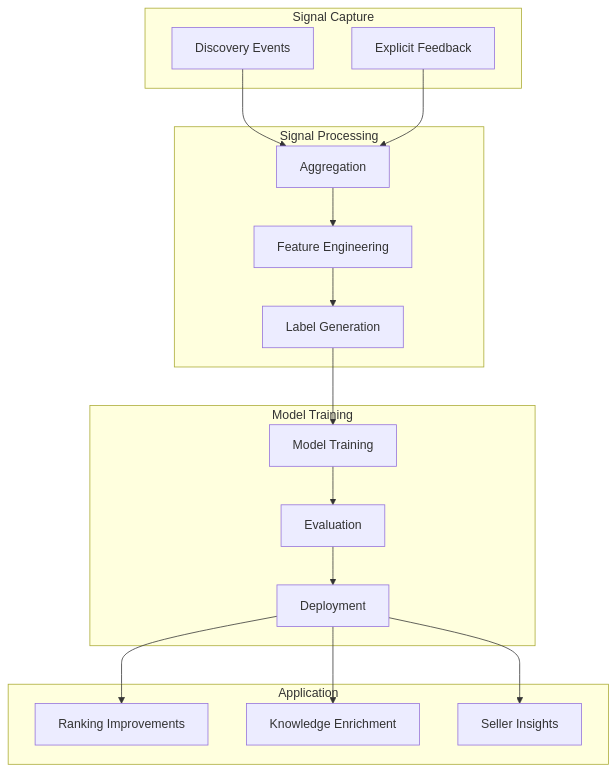
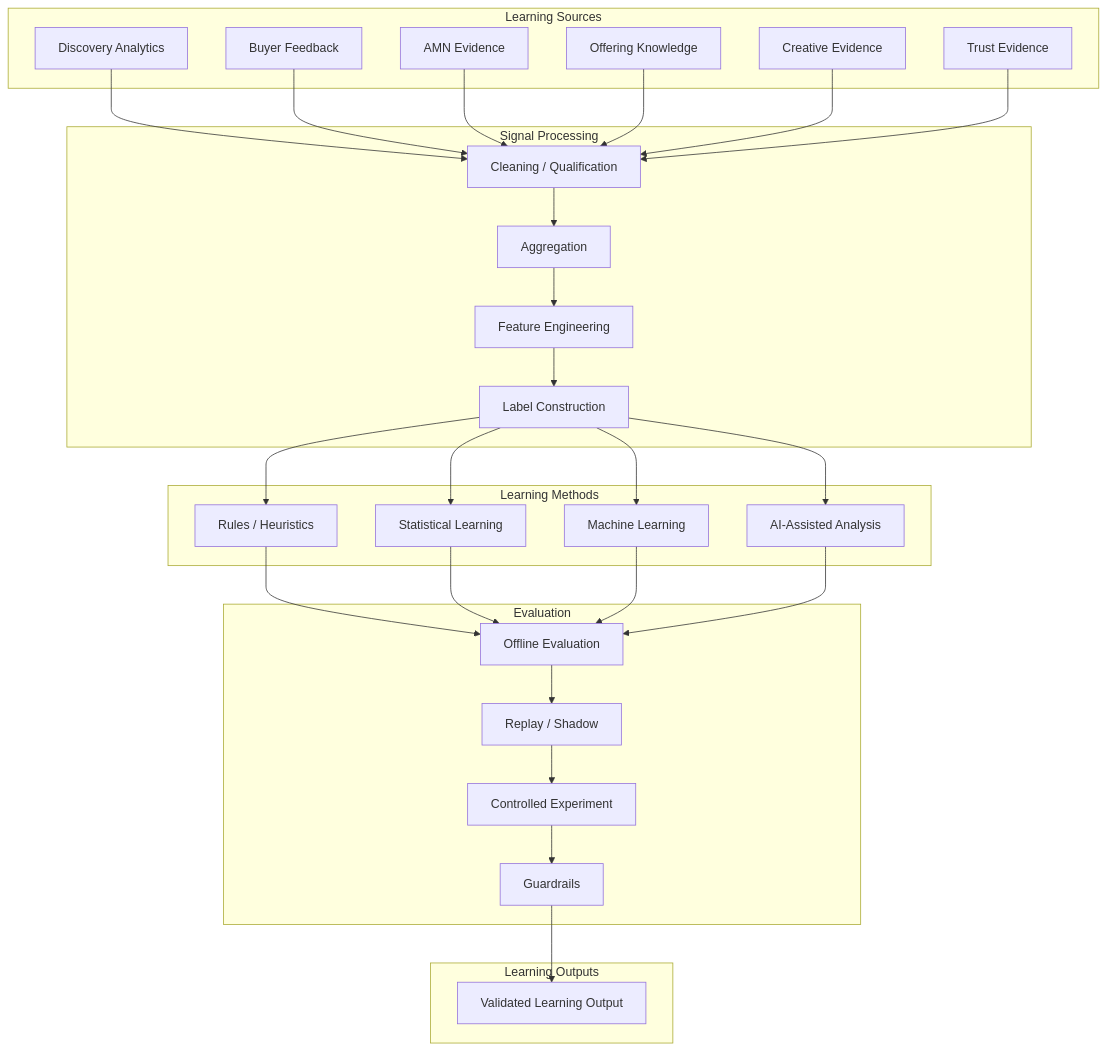
Before and after one commit to petkao/pinkcurve-blueprint: the seventh of 12 diagrams in docs/08-learning-engine.md, drawn with Mermaid. The commit also changed other lines of this file and 27 other files, not shown here.

Commit message:
Update PinkCurve blueprint and complete Chapter 11 data architecture audit

````diff
--- a/docs/08-learning-engine.md
+++ b/docs/08-learning-engine.md
@@ -61,36 +1407,62 @@
 ```mermaid
 flowchart TB
-    subgraph Capture["Signal Capture"]
-        Events[Discovery Events]
-        Feedback[Explicit Feedback]
+    subgraph Sources["Learning Sources"]
+        DA[Discovery Analytics]
+        FB[Buyer Feedback]
+        AM[AMN Evidence]
+        OK[Offering Knowledge]
+        CR[Creative Evidence]
+        TS[Trust Evidence]
     end
 
-    subgraph Process["Signal Processing"]
-        Aggregate[Aggregation]
-        Features[Feature Engineering]
-        Labels[Label Generation]
+    subgraph Processing["Signal Processing"]
+        CL[Cleaning / Qualification]
+        AG[Aggregation]
+        FE[Feature Engineering]
+        LB[Label Construction]
     end
 
-    subgraph Learn["Model Training"]
-        Training[Model Training]
-        Evaluation[Evaluation]
-        Deploy[Deployment]
+    subgraph Learning["Learning Methods"]
+        RL[Rules / Heuristics]
+        ST[Statistical Learning]
+        ML[Machine Learning]
+        AI[AI-Assisted Analysis]
     end
 
-    subgraph Apply["Application"]
-        Ranking[Ranking Improvements]
-        Knowledge[Knowledge Enrichment]
-        Insights[Seller Insights]
+    subgraph Evaluation["Evaluation"]
+        OFF[Offline Evaluation]
+        REP[Replay / Shadow]
+        EXP[Controlled Experiment]
+        GR[Guardrails]
     end
 
-    Events --> Aggregate
-    Feedback --> Aggregate
-    Aggregate --> Features
-    Features --> Labels
-    Labels --> Training
-    Training --> Evaluation
-    Evaluation --> Deploy
-    Deploy --> Ranking
-    Deploy --> Knowledge
-    Deploy --> Insights
+    subgraph Outputs["Learning Outputs"]
+        LO[Validated Learning Output]
+    end
+
+    DA --> CL
+    FB --> CL
+    AM --> CL
+    OK --> CL
+    CR --> CL
+    TS --> CL
+
+    CL --> AG
+    AG --> FE
+    FE --> LB
+
+    LB --> RL
+    LB --> ST
+    LB --> ML
+    LB --> AI
+
+    RL --> OFF
+    ST --> OFF
+    ML --> OFF
+    AI --> OFF
+
+    OFF --> REP
+    REP --> EXP
+    EXP --> GR
+    GR --> LO
 ```
````
